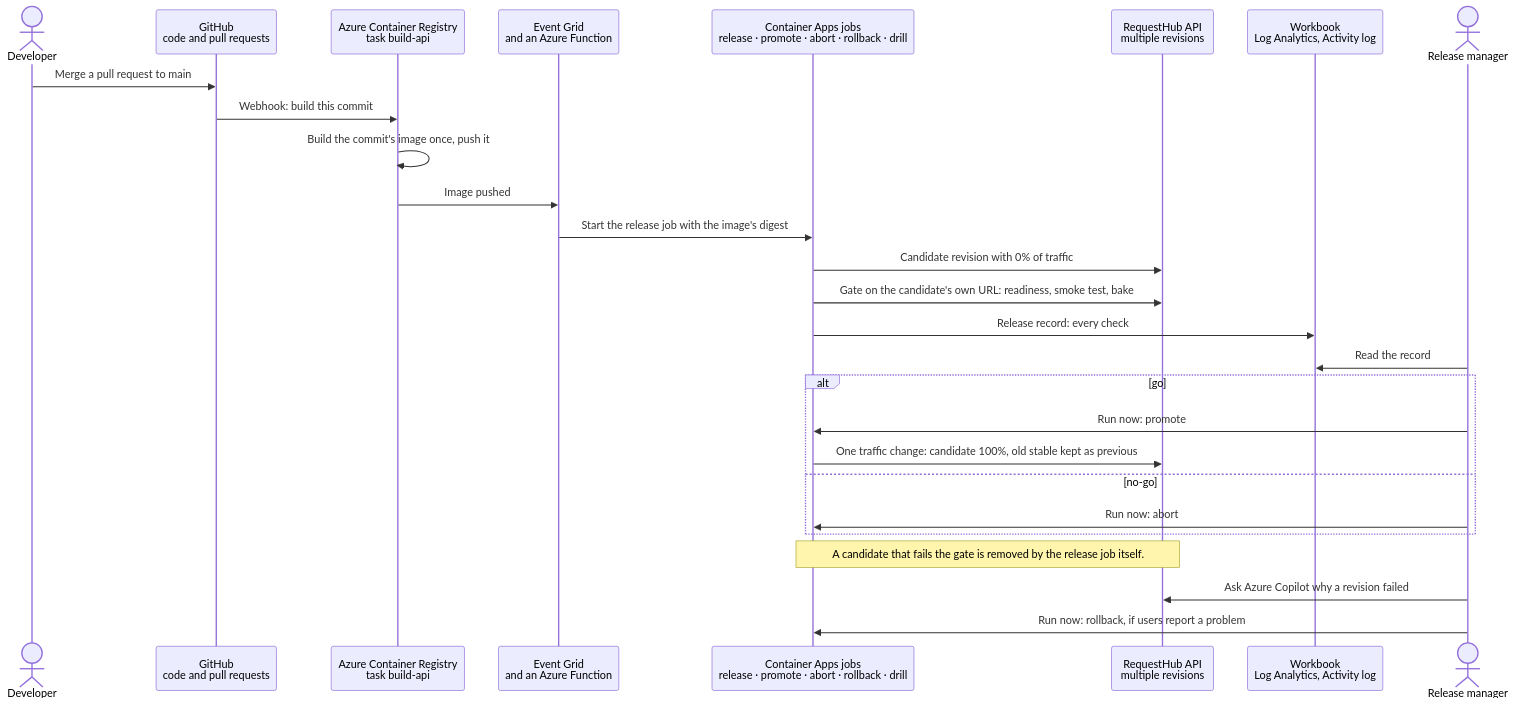
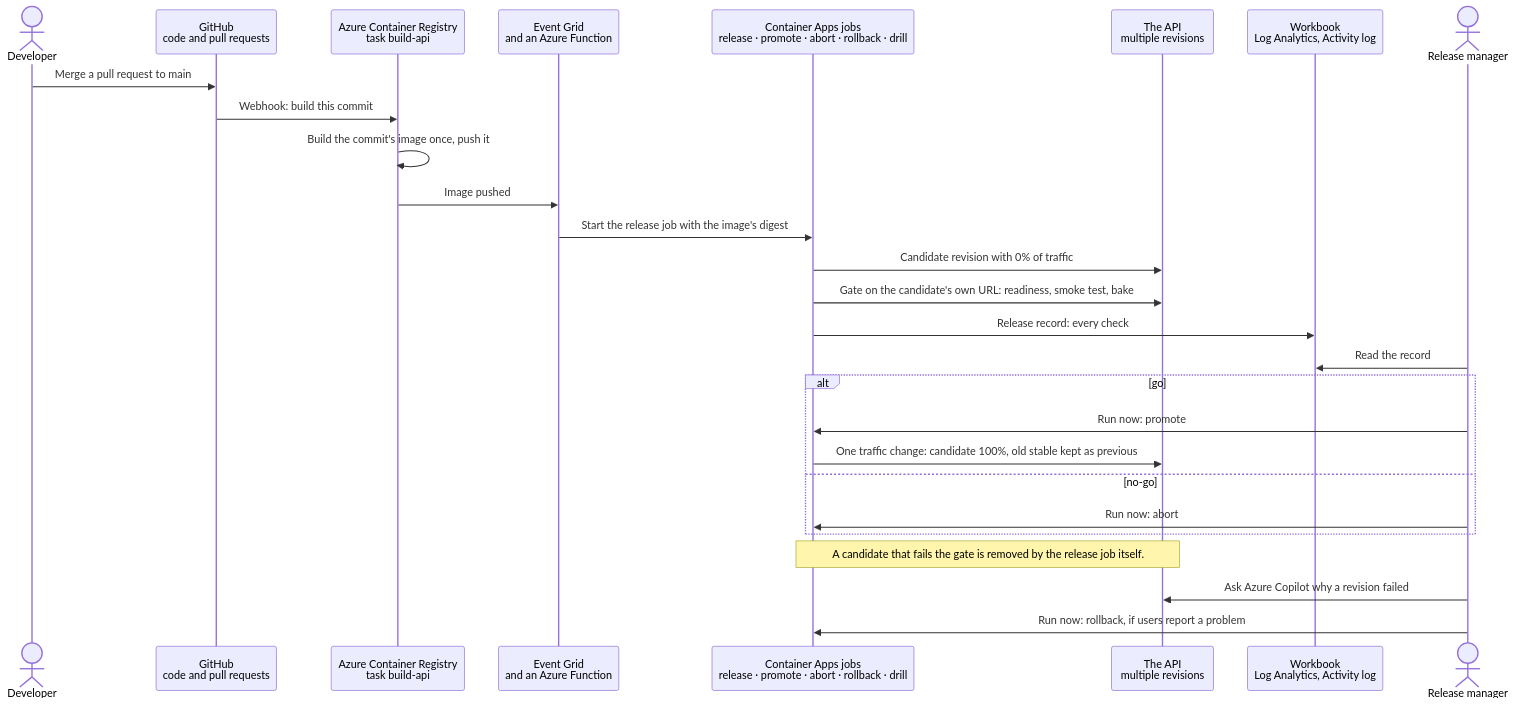
One commit to melabadi/adept-assessment-northstars changed the diagram in solutions/06-release-microsoft/README.md. Above: the diagram before and after it, drawn with Mermaid. The commit also changed other lines of this file and 5 other files, not shown here.

````diff
--- a/solutions/06-release-microsoft/README.md
+++ b/solutions/06-release-microsoft/README.md
@@ -23,29 +34,29 @@
 ```mermaid
 sequenceDiagram
   actor Dev as Developer
   participant GH as GitHub<br/>code and pull requests
   participant ACR as Azure Container Registry<br/>task build-api
   participant T as Event Grid<br/>and an Azure Function
   participant J as Container Apps jobs<br/>release · promote · abort · rollback · drill
-  participant CA as RequestHub API<br/>multiple revisions
+  participant CA as The API<br/>multiple revisions
   participant W as Workbook<br/>Log Analytics, Activity log
   actor RM as Release manager
   Dev->>GH: Merge a pull request to main
   GH->>ACR: Webhook: build this commit
   ACR->>ACR: Build the commit's image once, push it
   ACR->>T: Image pushed
   T->>J: Start the release job with the image's digest
   J->>CA: Candidate revision with 0% of traffic
   J->>CA: Gate on the candidate's own URL: readiness, smoke test, bake
   J->>W: Release record: every check
   RM->>W: Read the record
   alt go
     RM->>J: Run now: promote
     J->>CA: One traffic change: candidate 100%, old stable kept as previous
   else no-go
     RM->>J: Run now: abort
   end
   Note over J,CA: A candidate that fails the gate is removed by the release job itself.
   RM->>CA: Ask Azure Copilot why a revision failed
   RM->>J: Run now: rollback, if users report a problem
 ```
````
